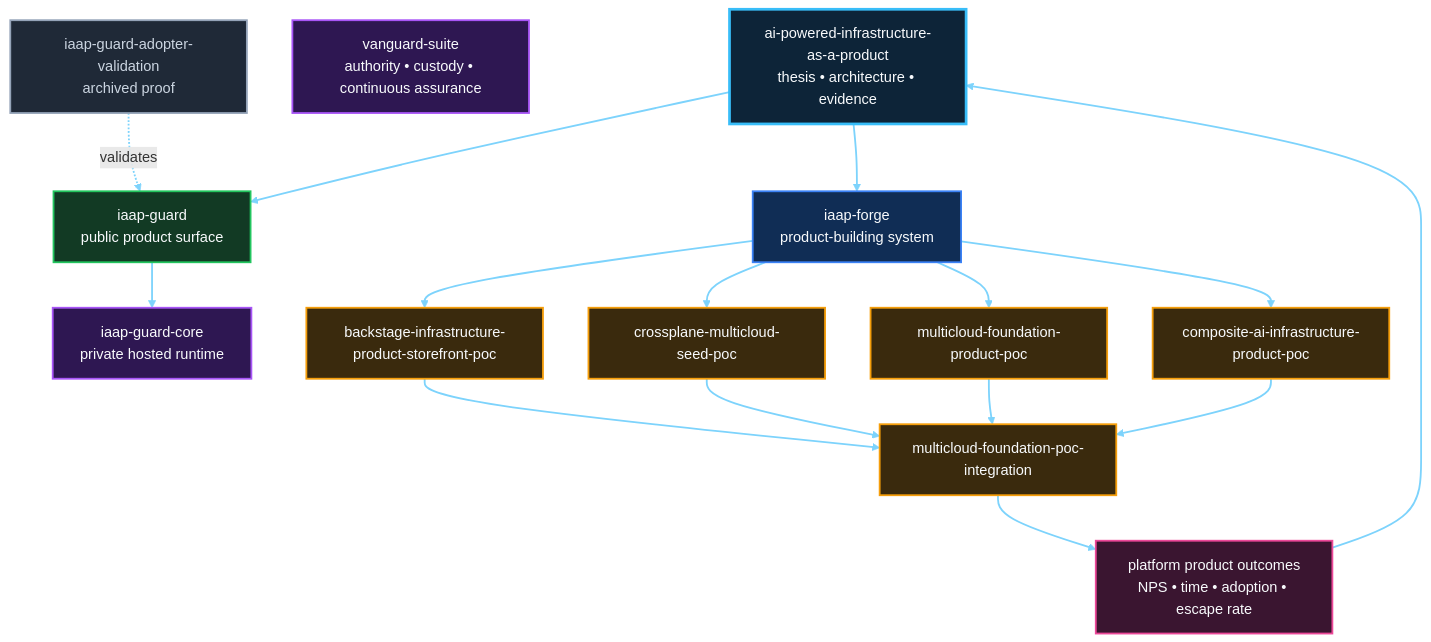
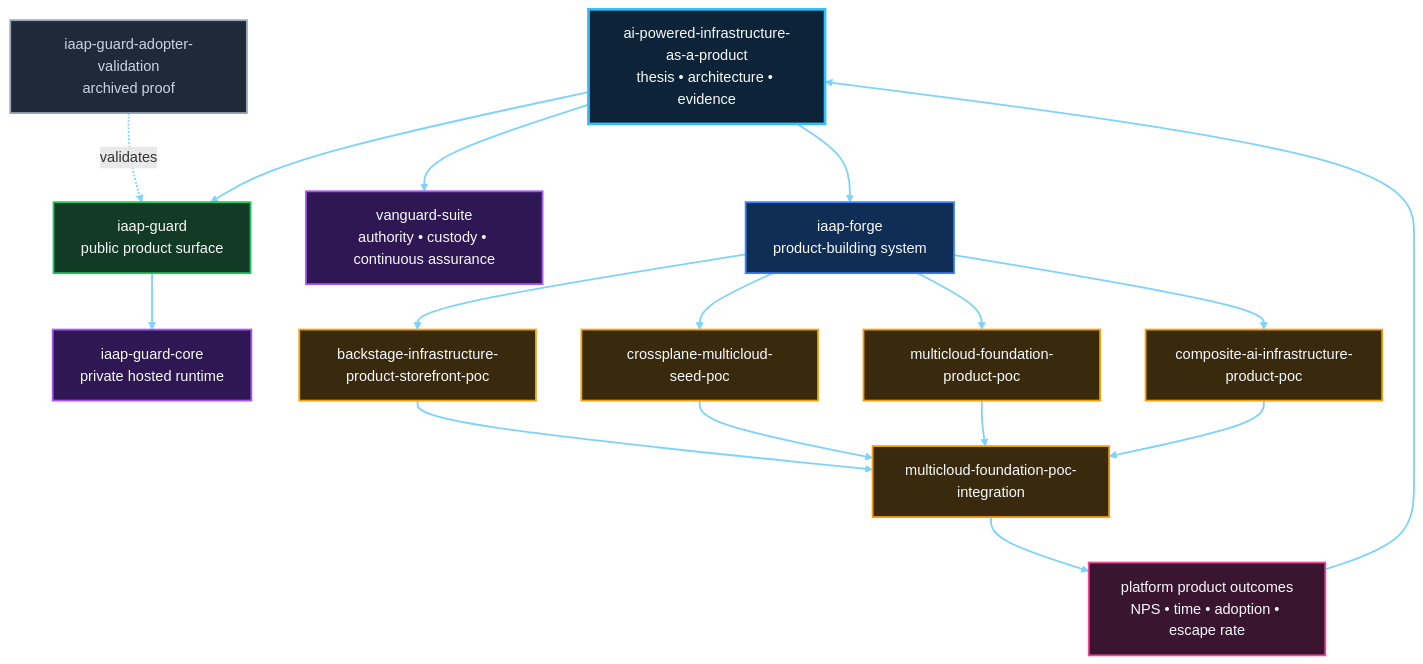
One commit to SAABOLImpactVenture/ai-powered-infrastructure-as-a-product changed the first of 2 diagrams in docs/poc-portfolio.md. Above: the diagram before and after it, drawn with Mermaid.

Commit message:
Connect Vanguard ownership in portfolio map

````diff
--- a/docs/poc-portfolio.md
+++ b/docs/poc-portfolio.md
@@ -7,48 +7,49 @@
 ```mermaid
 flowchart TB
   HUB["ai-powered-infrastructure-as-a-product<br/>thesis • architecture • evidence"]
   GUARD["iaap-guard<br/>public product surface"]
   VANGUARD["vanguard-suite<br/>authority • custody • continuous assurance"]
   CORE["iaap-guard-core<br/>private hosted runtime"]
   FORGE["iaap-forge<br/>product-building system"]
   STORE["backstage-infrastructure-product-storefront-poc"]
   SEED["crossplane-multicloud-seed-poc"]
   PRODUCT["multicloud-foundation-product-poc"]
   AI["composite-ai-infrastructure-product-poc"]
   INT["multicloud-foundation-poc-integration"]
   ADOPTER["iaap-guard-adopter-validation<br/>archived proof"]
   OUT["platform product outcomes<br/>NPS • time • adoption • escape rate"]
 
   HUB --> GUARD
+  HUB --> VANGUARD
   HUB --> FORGE
   GUARD --> CORE
   FORGE --> STORE
   FORGE --> SEED
   FORGE --> PRODUCT
   FORGE --> AI
   STORE --> INT
   SEED --> INT
   PRODUCT --> INT
   AI --> INT
   ADOPTER -. validates .-> GUARD
   INT --> OUT
   OUT --> HUB
 
   classDef front fill:#0D2438,stroke:#38BDF8,stroke-width:3px,color:#F8FAFC
   classDef public fill:#123A24,stroke:#22C55E,stroke-width:2px,color:#F8FAFC
   classDef private fill:#2E1752,stroke:#A855F7,stroke-width:2px,color:#F8FAFC
   classDef internal fill:#102D55,stroke:#3B82F6,stroke-width:2px,color:#F8FAFC
   classDef poc fill:#3A2A0D,stroke:#F59E0B,stroke-width:2px,color:#F8FAFC
   classDef archived fill:#1F2937,stroke:#94A3B8,stroke-width:2px,color:#CBD5E1
   classDef outcome fill:#3A1530,stroke:#EC4899,stroke-width:2px,color:#F8FAFC
 
   class HUB front
   class GUARD public
   class VANGUARD private
   class CORE private
   class FORGE internal
   class STORE,SEED,PRODUCT,AI,INT poc
   class ADOPTER archived
   class OUT outcome
   linkStyle default stroke:#7DD3FC,stroke-width:2px
 ```
````
